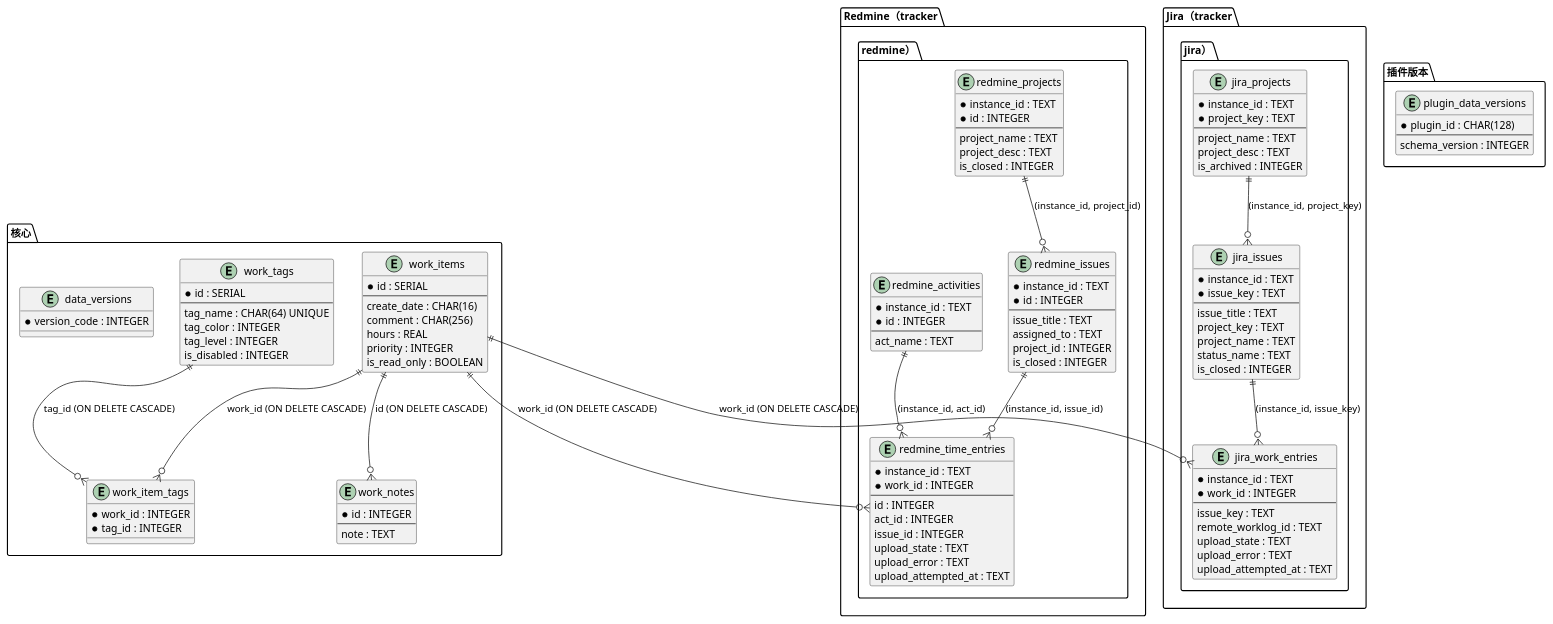
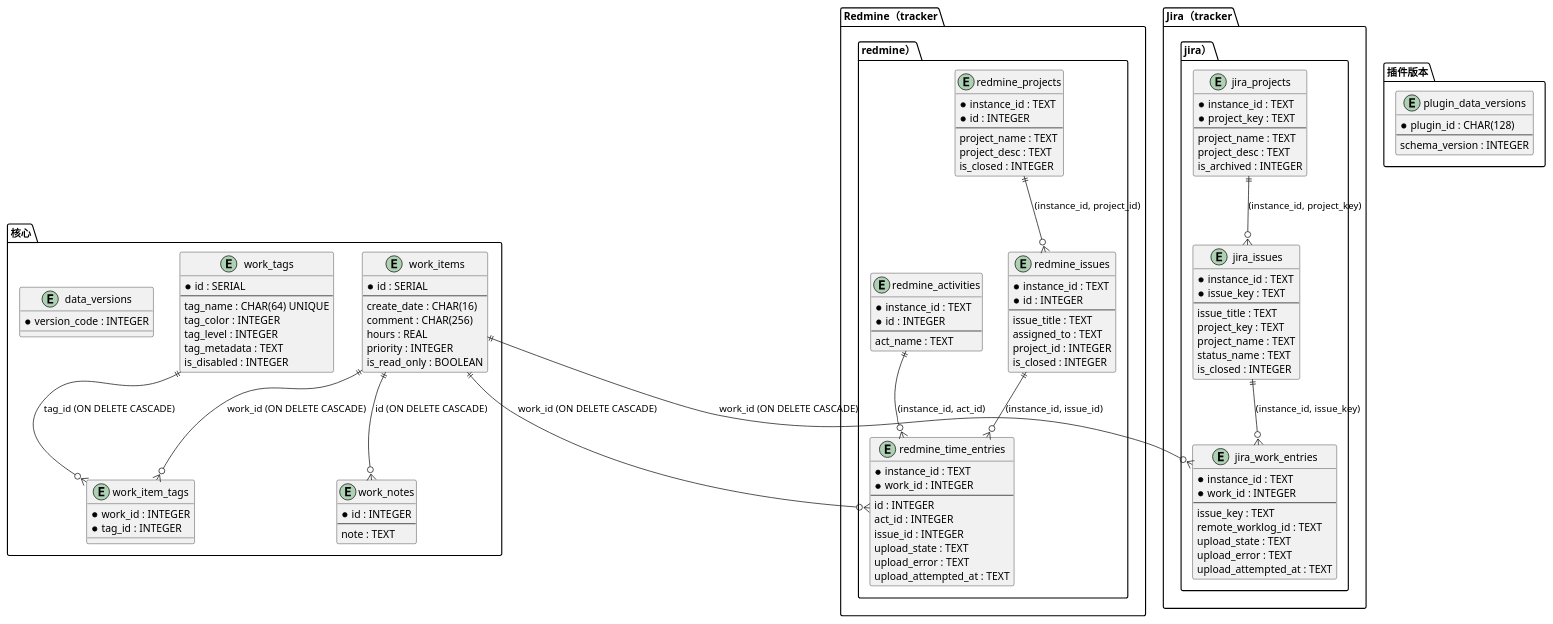
The diagram in Docs/diagrams/database-schema.puml (micro123/diary-app), drawn with PlantUML before and after one commit. The commit also changed 4 other files, not shown here.

```diff
--- a/Docs/diagrams/database-schema.puml
+++ b/Docs/diagrams/database-schema.puml
@@ -1,128 +1,129 @@
 @startuml
 skinparam shadowing false
 ' 当前 PostgreSQL schema（SQLite 列结构一致，类型为 SQLite 对应类型）。
 ' 核心表来源：Diary.Db.PostgreSQL/PgDb.cs；
 ' Redmine 表来源：Diary.RedMine/RedMineInitialMigration.cs（0 -> 1）；
 ' Jira 表来源：Diary.Jira/JiraInitialMigration.cs（0 -> 1）；
 ' plugin_data_versions 由各 provider 扩展创建（PgRedMineDb.cs / PgJiraDb.cs）。
 ' 历史旧 schema 参考见 Docs/SQLiteInit.sql（自声明历史文件，不可用于初始化）。
 
 package "核心" {
   entity "work_tags" as work_tags {
     * id : SERIAL
     --
     tag_name : CHAR(64) UNIQUE
     tag_color : INTEGER
     tag_level : INTEGER
+    tag_metadata : TEXT
     is_disabled : INTEGER
   }
   entity "work_items" as work_items {
     * id : SERIAL
     --
     create_date : CHAR(16)
     comment : CHAR(256)
     hours : REAL
     priority : INTEGER
     is_read_only : BOOLEAN
   }
   entity "work_notes" as work_notes {
     * id : INTEGER
     --
     note : TEXT
   }
   entity "work_item_tags" as work_item_tags {
     * work_id : INTEGER
     * tag_id : INTEGER
   }
   entity "data_versions" as data_versions {
     * version_code : INTEGER
   }
 }
 
 package "Redmine（tracker.redmine）" {
   entity "redmine_projects" as redmine_projects {
     * instance_id : TEXT
     * id : INTEGER
     --
     project_name : TEXT
     project_desc : TEXT
     is_closed : INTEGER
   }
   entity "redmine_activities" as redmine_activities {
     * instance_id : TEXT
     * id : INTEGER
     --
     act_name : TEXT
   }
   entity "redmine_issues" as redmine_issues {
     * instance_id : TEXT
     * id : INTEGER
     --
     issue_title : TEXT
     assigned_to : TEXT
     project_id : INTEGER
     is_closed : INTEGER
   }
   entity "redmine_time_entries" as redmine_time_entries {
     * instance_id : TEXT
     * work_id : INTEGER
     --
     id : INTEGER
     act_id : INTEGER
     issue_id : INTEGER
     upload_state : TEXT
     upload_error : TEXT
     upload_attempted_at : TEXT
   }
 }
 
 package "Jira（tracker.jira）" {
   entity "jira_projects" as jira_projects {
     * instance_id : TEXT
     * project_key : TEXT
     --
     project_name : TEXT
     project_desc : TEXT
     is_archived : INTEGER
   }
   entity "jira_issues" as jira_issues {
     * instance_id : TEXT
     * issue_key : TEXT
     --
     issue_title : TEXT
     project_key : TEXT
     project_name : TEXT
     status_name : TEXT
     is_closed : INTEGER
   }
   entity "jira_work_entries" as jira_work_entries {
     * instance_id : TEXT
     * work_id : INTEGER
     --
     issue_key : TEXT
     remote_worklog_id : TEXT
     upload_state : TEXT
     upload_error : TEXT
     upload_attempted_at : TEXT
   }
 }
 
 package "插件版本" {
   entity "plugin_data_versions" as plugin_data_versions {
     * plugin_id : CHAR(128)
     --
     schema_version : INTEGER
   }
 }
 
 work_items ||--o{ work_notes : "id (ON DELETE CASCADE)"
 work_items ||--o{ work_item_tags : "work_id (ON DELETE CASCADE)"
 work_tags ||--o{ work_item_tags : "tag_id (ON DELETE CASCADE)"
 redmine_projects ||--o{ redmine_issues : "(instance_id, project_id)"
 redmine_activities ||--o{ redmine_time_entries : "(instance_id, act_id)"
 redmine_issues ||--o{ redmine_time_entries : "(instance_id, issue_id)"
 work_items ||--o{ redmine_time_entries : "work_id (ON DELETE CASCADE)"
 jira_projects ||--o{ jira_issues : "(instance_id, project_key)"
 jira_issues ||--o{ jira_work_entries : "(instance_id, issue_key)"
 work_items ||--o{ jira_work_entries : "work_id (ON DELETE CASCADE)"
 @enduml
```
